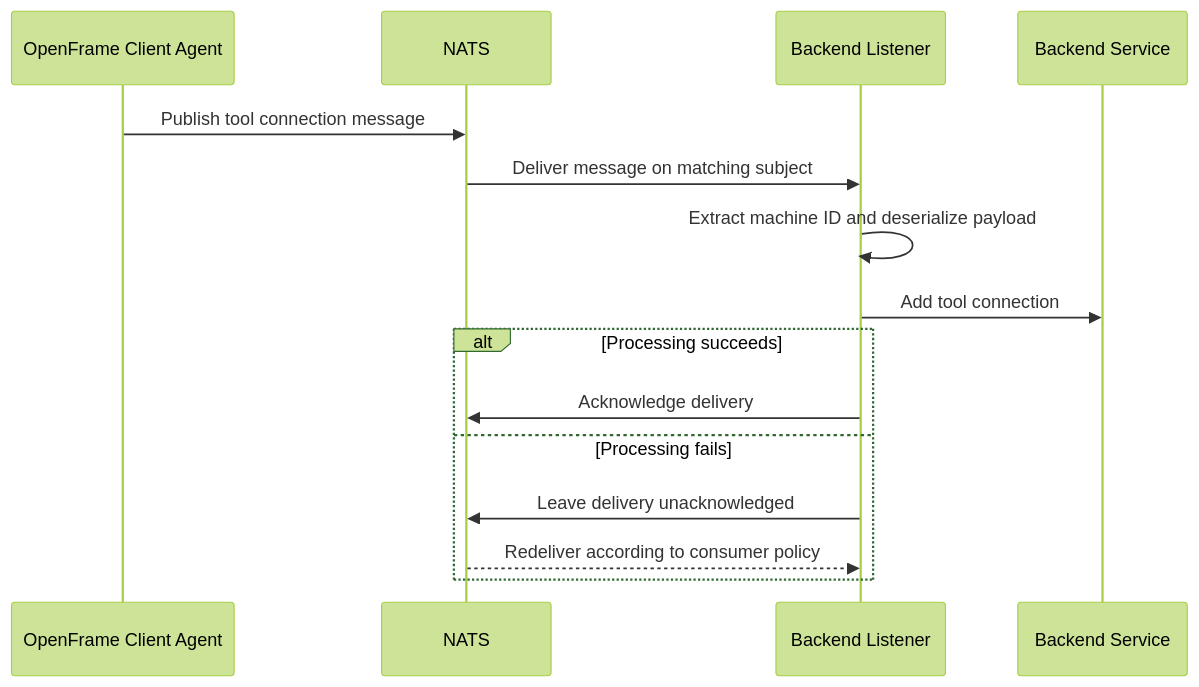
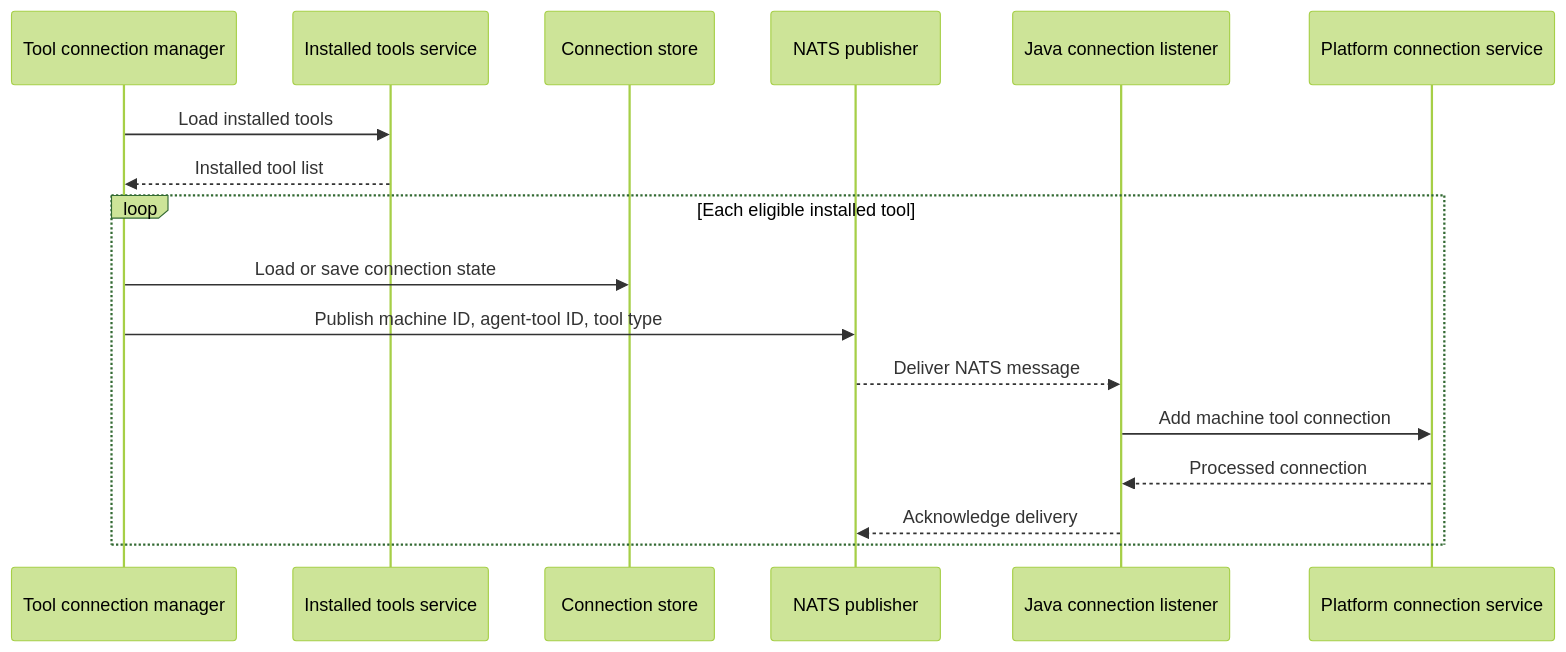
One commit to flamingo-stack/openframe-oss-tenant changed the third of 4 diagrams in docs/reference/architecture/openframe-client-core/model-tool-connection/model-tool-connection.md. Above: the diagram before and after it, drawn with Mermaid (forest theme). The commit also changed other lines of this file and 2377 other files, not shown here.

````diff
--- a/docs/reference/architecture/openframe-client-core/model-tool-connection/model-tool-connection.md
+++ b/docs/reference/architecture/openframe-client-core/model-tool-connection/model-tool-connection.md
@@ -99,17 +82,20 @@
 ```mermaid
 sequenceDiagram
-    participant Agent as OpenFrame Client Agent
-    participant Nats as NATS
-    participant Listener as Backend Listener
-    participant Service as Backend Service
-    Agent->>Nats: Publish tool connection message
-    Nats->>Listener: Deliver message on matching subject
-    Listener->>Listener: Extract machine ID and deserialize payload
-    Listener->>Service: Add tool connection
-    alt Processing succeeds
-        Listener->>Nats: Acknowledge delivery
-    else Processing fails
-        Listener->>Nats: Leave delivery unacknowledged
-        Nats-->>Listener: Redeliver according to consumer policy
+    participant Manager as Tool connection manager
+    participant Installed as Installed tools service
+    participant Store as Connection store
+    participant Publisher as NATS publisher
+    participant Listener as Java connection listener
+    participant Platform as Platform connection service
+
+    Manager->>Installed: Load installed tools
+    Installed-->>Manager: Installed tool list
+    loop Each eligible installed tool
+        Manager->>Store: Load or save connection state
+        Manager->>Publisher: Publish machine ID, agent-tool ID, tool type
+        Publisher-->>Listener: Deliver NATS message
+        Listener->>Platform: Add machine tool connection
+        Platform-->>Listener: Processed connection
+        Listener-->>Publisher: Acknowledge delivery
     end
 ```
````
